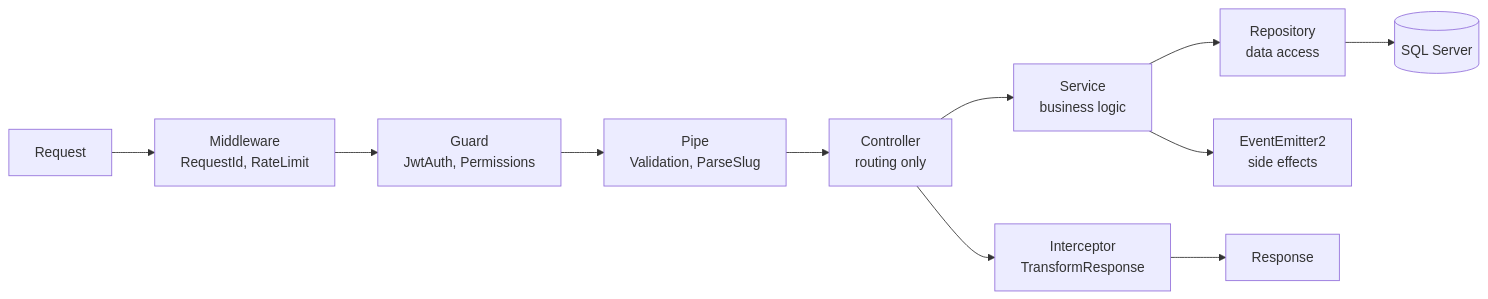
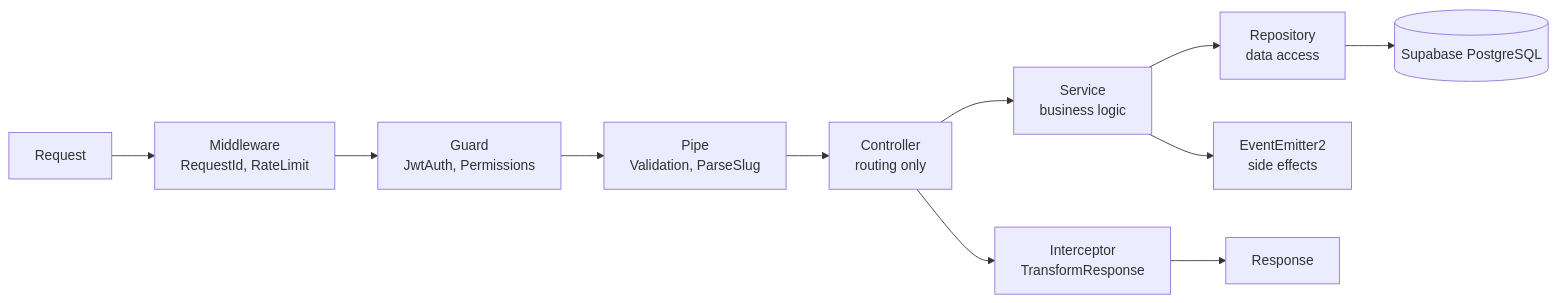
One commit to Hy-Khang/E-commerce-shop-Amazon- changed the second of 3 diagrams in backend-nestjs/docs/BE-ARCHITECTURE.md. Above: the diagram before and after it, drawn with Mermaid. The commit also changed other lines of this file and 130 other files, not shown here.

First line of the commit message:
feat(db): migrate SQL Server → Supabase (Postgres) + Supabase Storage

````diff
--- a/backend-nestjs/docs/BE-ARCHITECTURE.md
+++ b/backend-nestjs/docs/BE-ARCHITECTURE.md
@@ -116,13 +116,13 @@
 ```mermaid
 graph LR
     R[Request] --> MW[Middleware<br/>RequestId, RateLimit]
     MW --> G[Guard<br/>JwtAuth, Permissions]
     G --> P[Pipe<br/>Validation, ParseSlug]
     P --> C[Controller<br/>routing only]
     C --> S[Service<br/>business logic]
     S --> Repo[Repository<br/>data access]
-    Repo --> DB[(SQL Server)]
+    Repo --> DB[(Supabase PostgreSQL)]
     S --> EV[EventEmitter2<br/>side effects]
     C --> I[Interceptor<br/>TransformResponse]
     I --> Res[Response]
 ```
````
